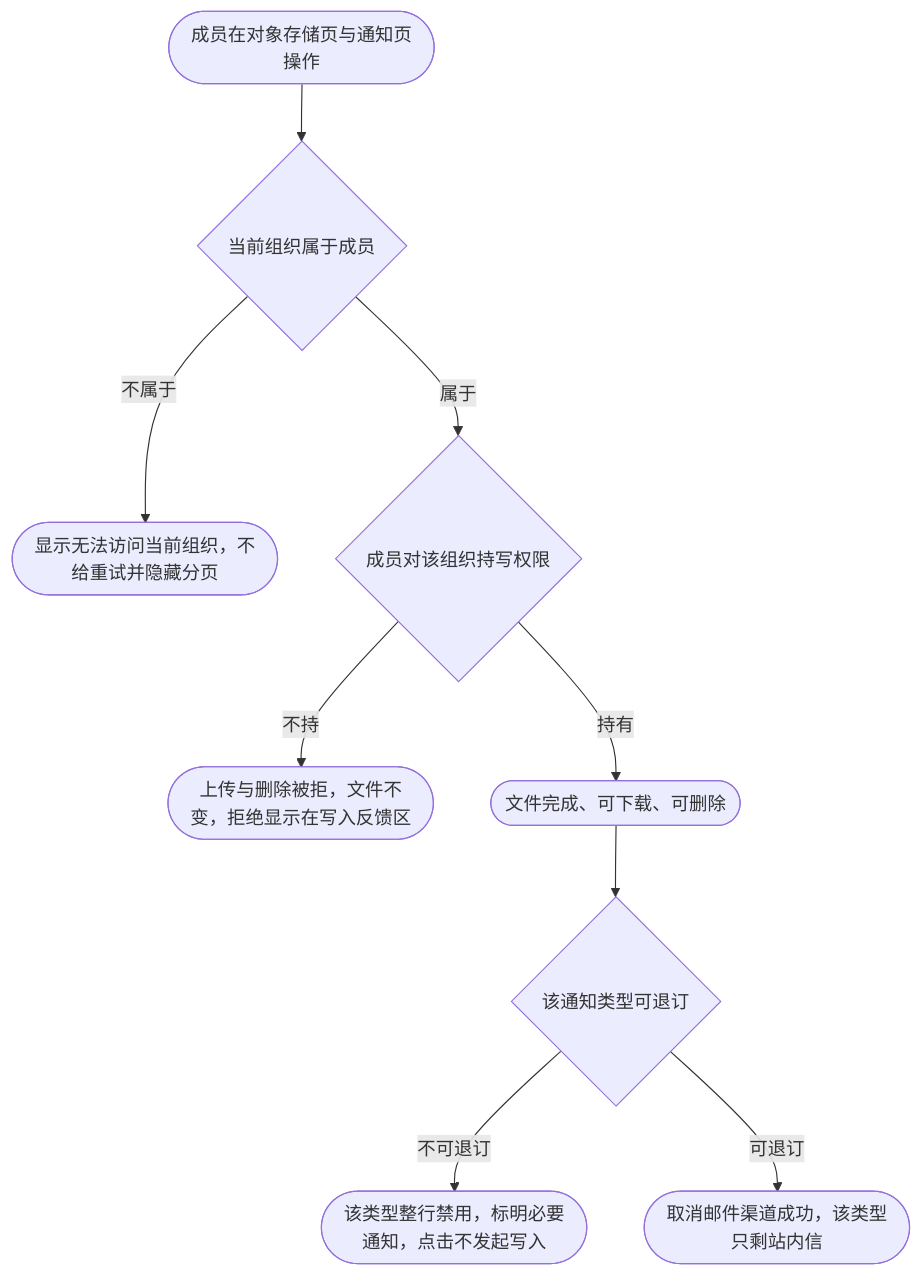
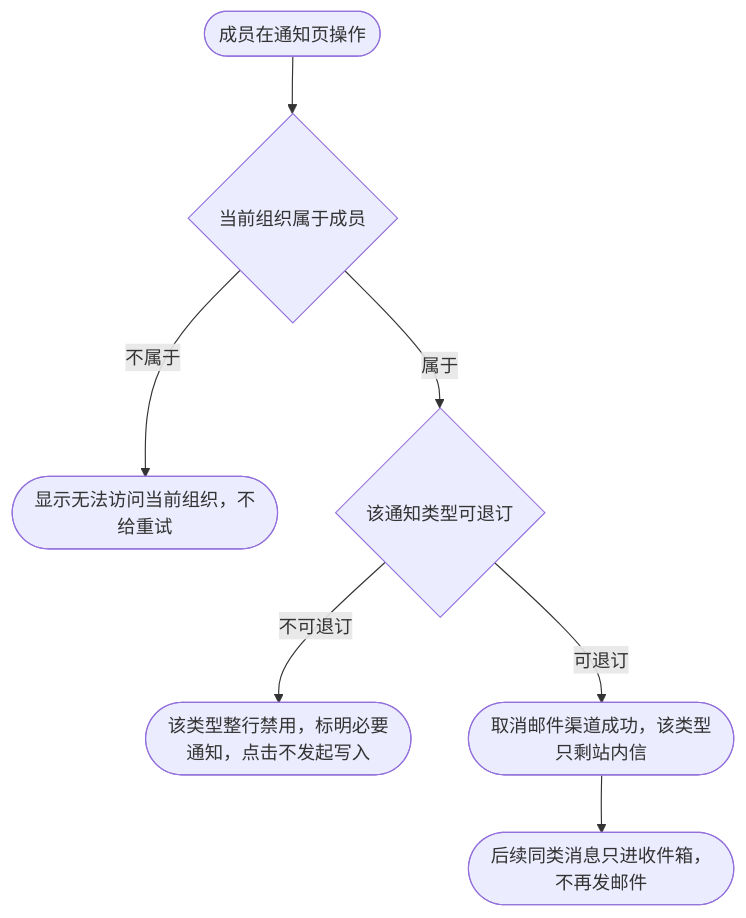
Before and after one commit to wangzw/speed: the diagram in docs/prd/journeys/journey-member-workspace.md, drawn with Mermaid. The commit also changed other lines of this file and 6 other files, not shown here.

````diff
--- a/docs/prd/journeys/journey-member-workspace.md
+++ b/docs/prd/journeys/journey-member-workspace.md
@@ -55,11 +38,9 @@
 ```mermaid
 flowchart TD
-    start([成员在对象存储页与通知页操作]) --> org{当前组织属于成员}
-    org -->|不属于| noorg([显示无法访问当前组织，不给重试并隐藏分页])
-    org -->|属于| write{成员对该组织持写权限}
-    write -->|不持| nowrite([上传与删除被拒，文件不变，拒绝显示在写入反馈区])
-    write -->|持有| main([文件完成、可下载、可删除])
-    main --> unsub{该通知类型可退订}
+    start([成员在通知页操作]) --> org{当前组织属于成员}
+    org -->|不属于| noorg([显示无法访问当前组织，不给重试])
+    org -->|属于| unsub{该通知类型可退订}
     unsub -->|不可退订| locked([该类型整行禁用，标明必要通知，点击不发起写入])
     unsub -->|可退订| pref([取消邮件渠道成功，该类型只剩站内信])
+    pref --> quiet([后续同类消息只进收件箱，不再发邮件])
 ```
````
